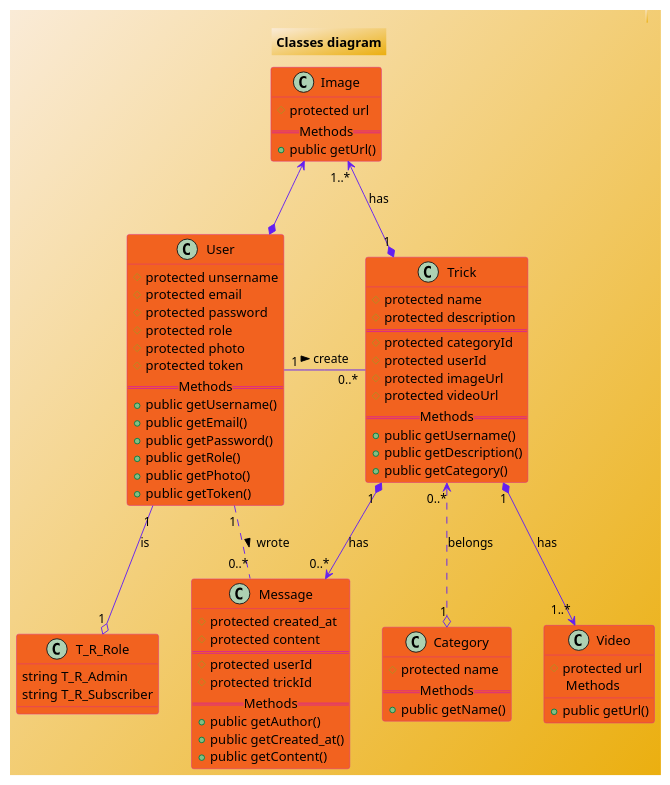
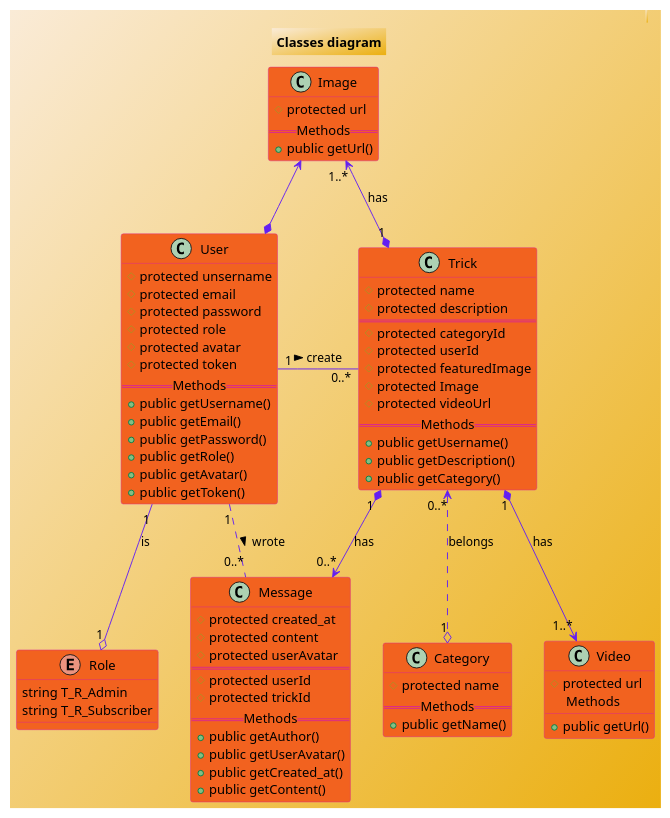
The diagram in diagrams/class.puml (ronan-develop/snowtricks), drawn with PlantUML before and after one commit. The commit also changed 14 other files, not shown here.

```diff
--- a/diagrams/class.puml
+++ b/diagrams/class.puml
@@ -1,101 +1,104 @@
 @startuml Classes diagram
 
 skinparam backgroundcolor AntiqueWhite/#EBAF10
 scale 650 width
 
 skinparam class {
     BackgroundColor #F2621F
     ArrowColor #631FF2
     BorderColor #DB2790
 }
 
 header ""
 
 TITLE "Classes diagram"
 
 class Trick {
     # protected name
     # protected description
     ====
     # protected categoryId
     # protected userId
-    # protected imageUrl
+    # protected featuredImage
+    # protected Image
     # protected videoUrl
     == Methods ==
     + public getUsername()
     + public getDescription()
     + public getCategory()
 }
 
 class Image {
     # protected url
     == Methods ==
     + public getUrl()
 }
 
 class Video {
  # protected url
     == Methods ==
     + public getUrl()
 }
 
 class Message {
     # protected created_at
     # protected content
+    # protected userAvatar
     ====
     # protected userId
     # protected trickId
     == Methods ==
     + public getAuthor()
+    + public getUserAvatar()
     + public getCreated_at()
     + public getContent()
 }
 
 class User {
     # protected unsername
     # protected email
     # protected password
     # protected role
-    # protected photo
+    # protected avatar
     # protected token
     == Methods ==
     + public getUsername()
     + public getEmail()
     + public getPassword()
     + public getRole()
-    + public getPhoto()
+    + public getAvatar()
     + public getToken()
 }
-
-class T_R_Role {
+'  enum class
+enum Role {
     string T_R_Admin
     string T_R_Subscriber
 }
 
 class Category {
     # protected name
     == Methods ==
     + public getName()
 }
 
 
 ' ------------------------ Memo ------------------------
 ' si je créé un trick je créé les composants
-' les composants peuvent être créé avant un agrégat
+'  peuvent être créé avant un agrégat
 ' agrégation pas d'appartenance o
 ' composition imlpique destruction *
 ' message -> trick : trick accede a une instance de message
 ' ligne pointillés montre dépendance
 ' ligne continue montre association
 ' ------------------------ Memo ------------------------
 
 Trick "0..*" <..o "1" Category : belongs
 Trick " 1 " *-> "0..*" Message :has
-User "1" --o "1" T_R_Role : is
+User "1" --o "1" Role : is
 User "1" - "0..*" Trick : > create
 User "1" .. "0..*" Message : wrote >
 Trick "1" *--> "1..*" Image : has
 Video "1..*" <-up-* "1" Trick : has
 User *-Up-> Image
 
 @enduml
```
